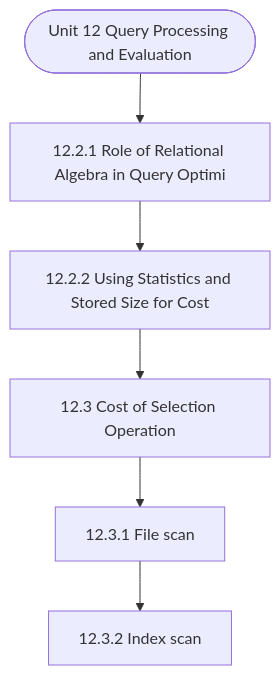
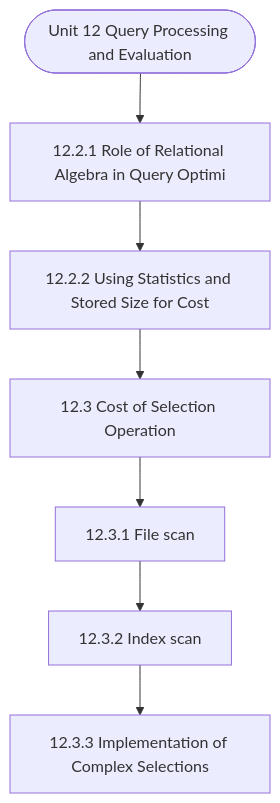
The diagram in notes/Semester_1/MCS-207_Database_Management_Systems/unit_12_Query_Processing_and_Evaluation.md (Asutosh-Coaching/mscdsa), drawn with Mermaid before and after one commit. The commit also changed other lines of this file and 116 other files, not shown here.

````diff
--- a/notes/Semester_1/MCS-207_Database_Management_Systems/unit_12_Query_Processing_and_Evaluation.md
+++ b/notes/Semester_1/MCS-207_Database_Management_Systems/unit_12_Query_Processing_and_Evaluation.md
@@ -19,14 +19,16 @@
 ```mermaid
 flowchart TD
   Start(["Unit 12 Query Processing and Evaluation"])
   N1["12.2.1 Role of Relational Algebra in Query Optimi"]
   N2["12.2.2 Using Statistics and Stored Size for Cost "]
   N3["12.3 Cost of Selection Operation"]
   N4["12.3.1 File scan"]
   N5["12.3.2 Index scan"]
+  N6["12.3.3 Implementation of Complex Selections"]
   Start --> N1
   N1 --> N2
   N2 --> N3
   N3 --> N4
   N4 --> N5
+  N5 --> N6
 ```
````
